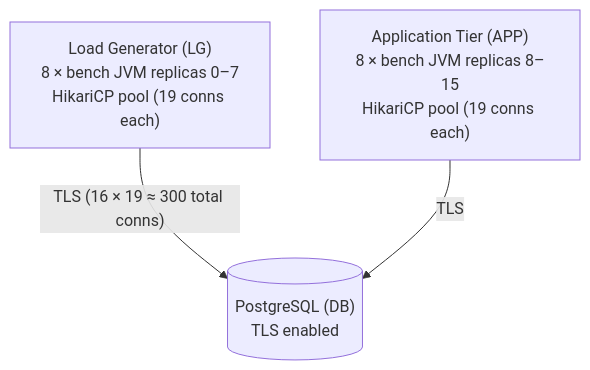
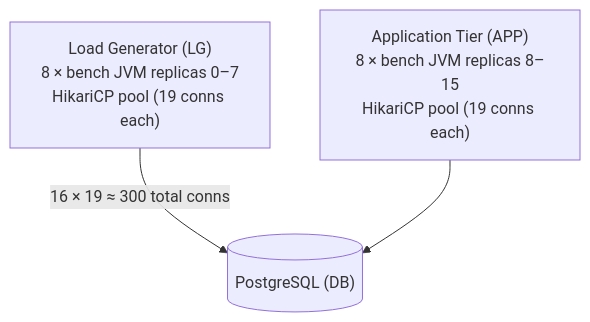
Before and after one commit to rrobetti/stressar: the third of 3 diagrams in docs/BENCHMARKING_GUIDE.md, drawn with Mermaid. The commit also changed other lines of this file and 5 other files, not shown here.

````diff
--- a/docs/BENCHMARKING_GUIDE.md
+++ b/docs/BENCHMARKING_GUIDE.md
@@ -133,9 +132,9 @@
 ```mermaid
 graph TD
     LG["Load Generator (LG)\n8 × bench JVM replicas 0–7\nHikariCP pool (19 conns each)"]
     APP["Application Tier (APP)\n8 × bench JVM replicas 8–15\nHikariCP pool (19 conns each)"]
-    DB[("PostgreSQL (DB)\nTLS enabled")]
+    DB[("PostgreSQL (DB)")]
 
-    LG -- "TLS (16 × 19 ≈ 300 total conns)" --> DB
-    APP -- "TLS" --> DB
+    LG -- "16 × 19 ≈ 300 total conns" --> DB
+    APP --> DB
 ```
````
